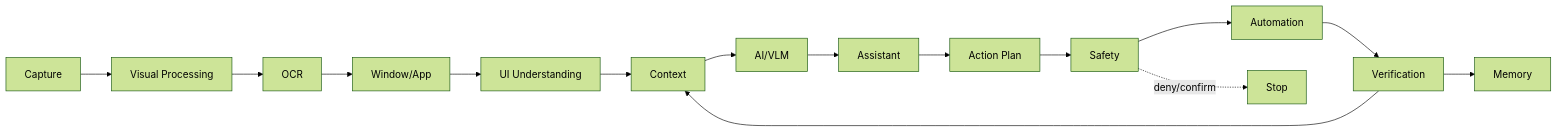
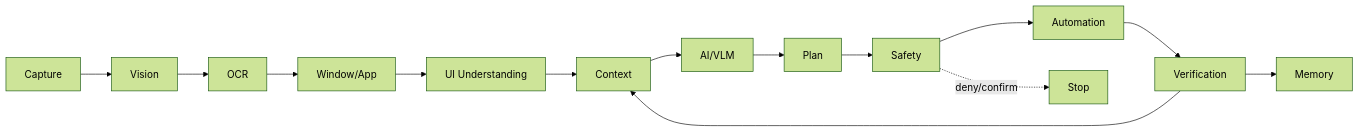
One commit to Ratandeep-purohit/OmniSense-AI changed the fifth of 5 diagrams in PHASE/17_FULL_INTEGRATION.md. Above: the diagram before and after it, drawn with Mermaid (forest theme). The commit also changed other lines of this file, not shown here.

````diff
--- a/PHASE/17_FULL_INTEGRATION.md
+++ b/PHASE/17_FULL_INTEGRATION.md
@@ -274,9 +2798,6 @@
 ```mermaid
 flowchart LR
-C[Capture] --> V[Visual Processing] --> O[OCR] --> W[Window/App]
-W --> U[UI Understanding] --> X[Context] --> A[AI/VLM]
-A --> I[Assistant] --> P[Action Plan] --> S[Safety]
-S --> E[Automation] --> Q[Verification] --> M[Memory]
+C[Capture] --> V[Vision] --> O[OCR] --> W[Window/App] --> U[UI Understanding] --> X[Context] --> A[AI/VLM] --> P[Plan] --> S[Safety] --> E[Automation] --> Q[Verification] --> M[Memory]
 S -. deny/confirm .-> STOP[Stop]
 Q --> X
 ```
````
